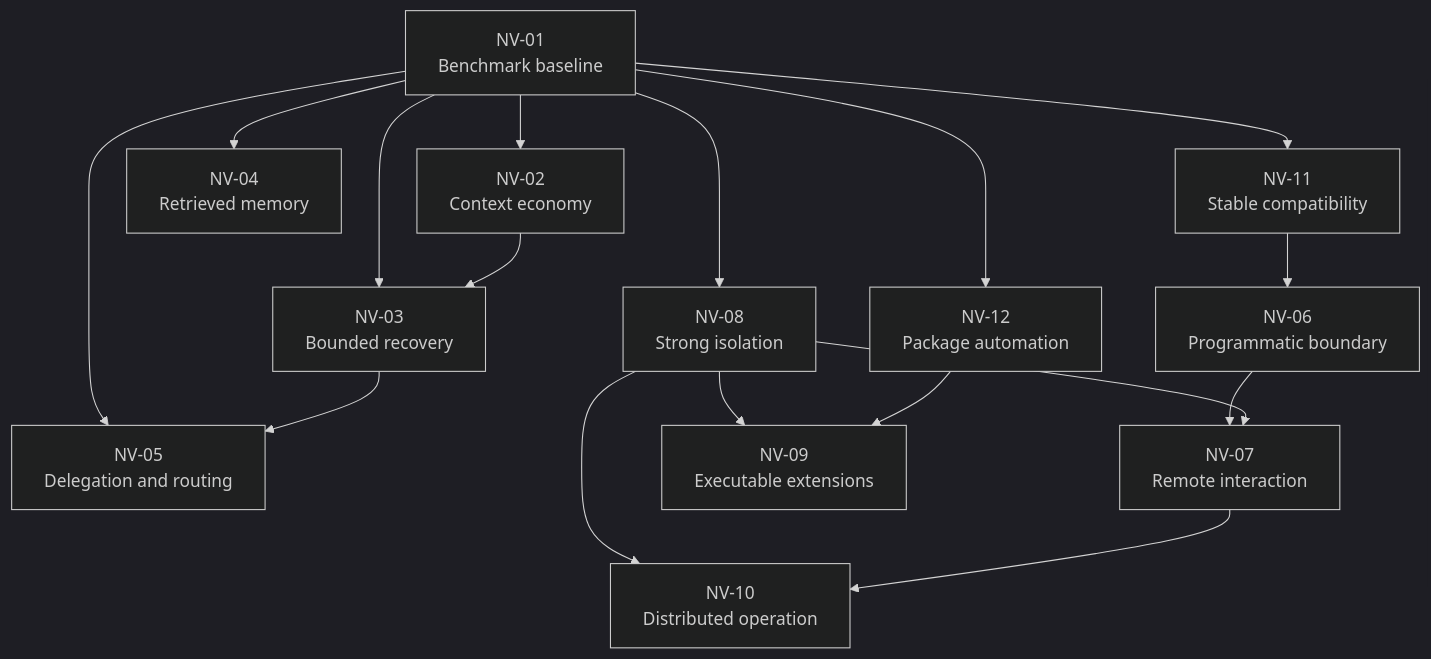
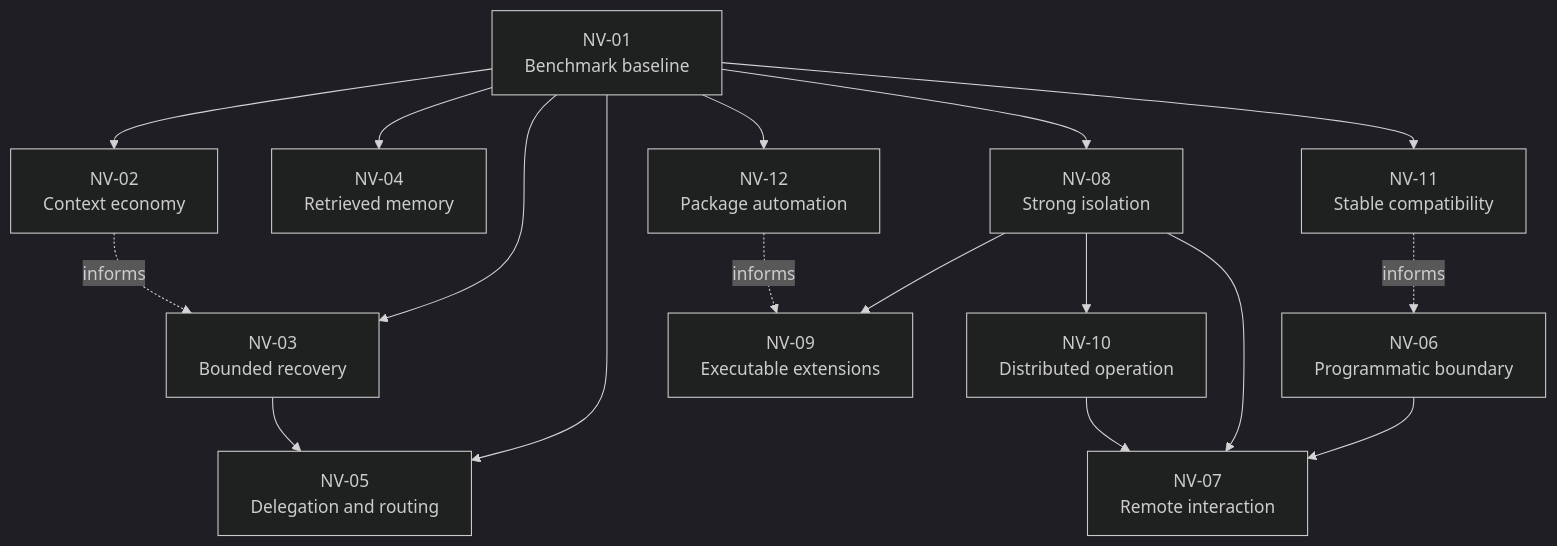
One commit to synaptiai/flow-harness changed the diagram in docs/next-version-research.md. Above: the diagram before and after it, drawn with Mermaid (dark theme). The commit also changed other lines of this file and 9 other files, not shown here.

Commit message:
docs: reassess Flow parity and checkpoint priorities

````diff
--- a/docs/next-version-research.md
+++ b/docs/next-version-research.md
@@ -300,32 +310,32 @@
 ```mermaid
 flowchart TD
     benchmark["NV-01<br/>Benchmark baseline"]
     context["NV-02<br/>Context economy"]
     repair["NV-03<br/>Bounded recovery"]
     memory["NV-04<br/>Retrieved memory"]
     delegation["NV-05<br/>Delegation and routing"]
     protocol["NV-06<br/>Programmatic boundary"]
     remote["NV-07<br/>Remote interaction"]
     isolation["NV-08<br/>Strong isolation"]
     extensions["NV-09<br/>Executable extensions"]
     distributed["NV-10<br/>Distributed operation"]
     compatibility["NV-11<br/>Stable compatibility"]
     packages["NV-12<br/>Package automation"]
 
     benchmark --> context
     benchmark --> repair
     benchmark --> memory
     benchmark --> delegation
     benchmark --> isolation
     benchmark --> compatibility
     benchmark --> packages
-    context --> repair
+    context -. informs .-> repair
     repair --> delegation
-    compatibility --> protocol
+    compatibility -. informs .-> protocol
     protocol --> remote
     isolation --> remote
     isolation --> extensions
     isolation --> distributed
-    remote --> distributed
-    packages --> extensions
+    distributed --> remote
+    packages -. informs .-> extensions
 ```
````
